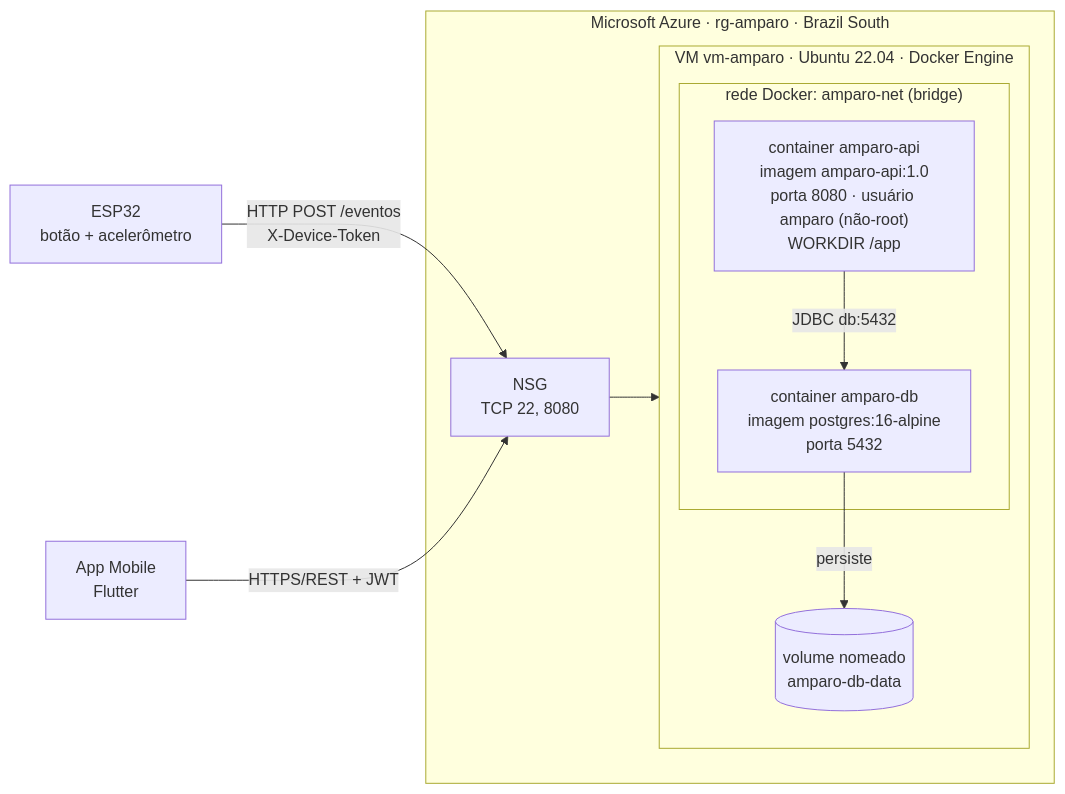
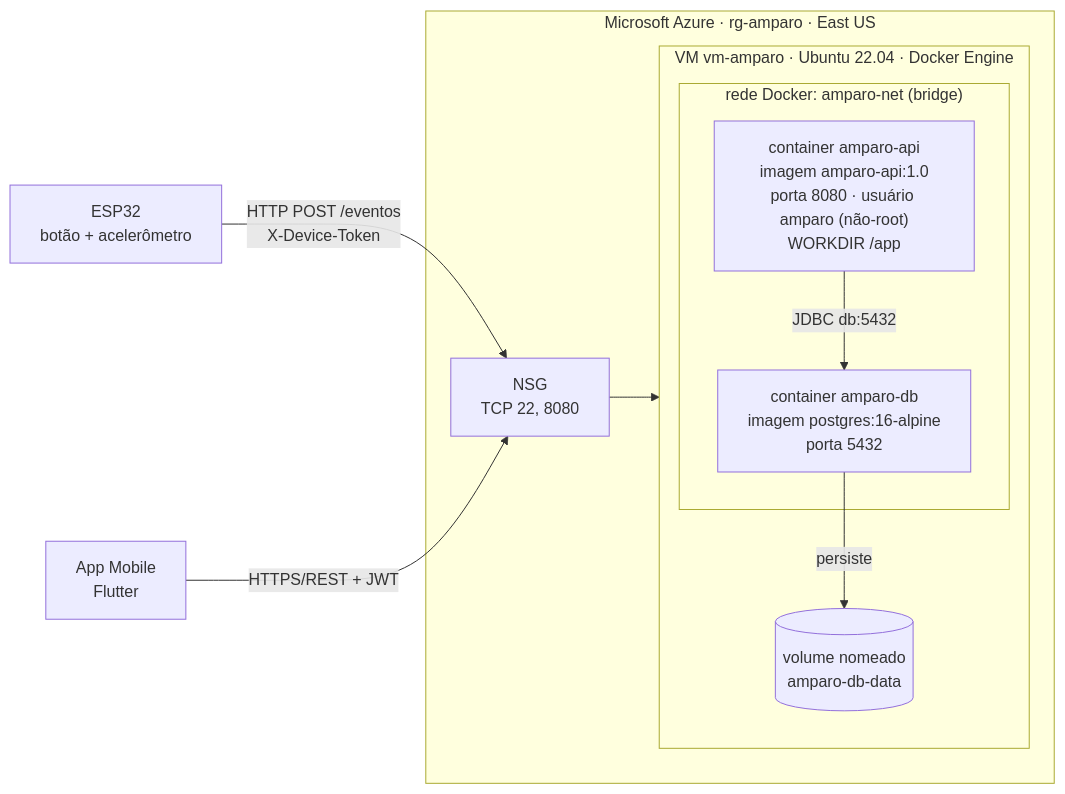
The diagram in README.md (kakarneiro/amparo-devops), drawn with Mermaid before and after one commit. The commit also changed other lines of this file and 2 other files, not shown here.

Commit message:
fix: script de evidencias usa o id criado; ajuste Azure East US

````diff
--- a/README.md
+++ b/README.md
@@ -33,16 +34,16 @@
 ```mermaid
 flowchart LR
     ESP[ESP32<br/>botão + acelerômetro] -- HTTP POST /eventos<br/>X-Device-Token --> NSG
     APP[App Mobile<br/>Flutter] -- HTTPS/REST + JWT --> NSG
-    subgraph Azure ["Microsoft Azure · rg-amparo · Brazil South"]
+    subgraph Azure ["Microsoft Azure · rg-amparo · East US"]
         NSG[NSG<br/>TCP 22, 8080] --> VM
         subgraph VM ["VM vm-amparo · Ubuntu 22.04 · Docker Engine"]
             subgraph NET ["rede Docker: amparo-net (bridge)"]
                 API["container amparo-api<br/>imagem amparo-api:1.0<br/>porta 8080 · usuário amparo (não-root)<br/>WORKDIR /app"]
                 DB["container amparo-db<br/>imagem postgres:16-alpine<br/>porta 5432"]
                 API -- "JDBC db:5432" --> DB
             end
             DB -- persiste --> VOL[(volume nomeado<br/>amparo-db-data)]
         end
     end
 ```
````
